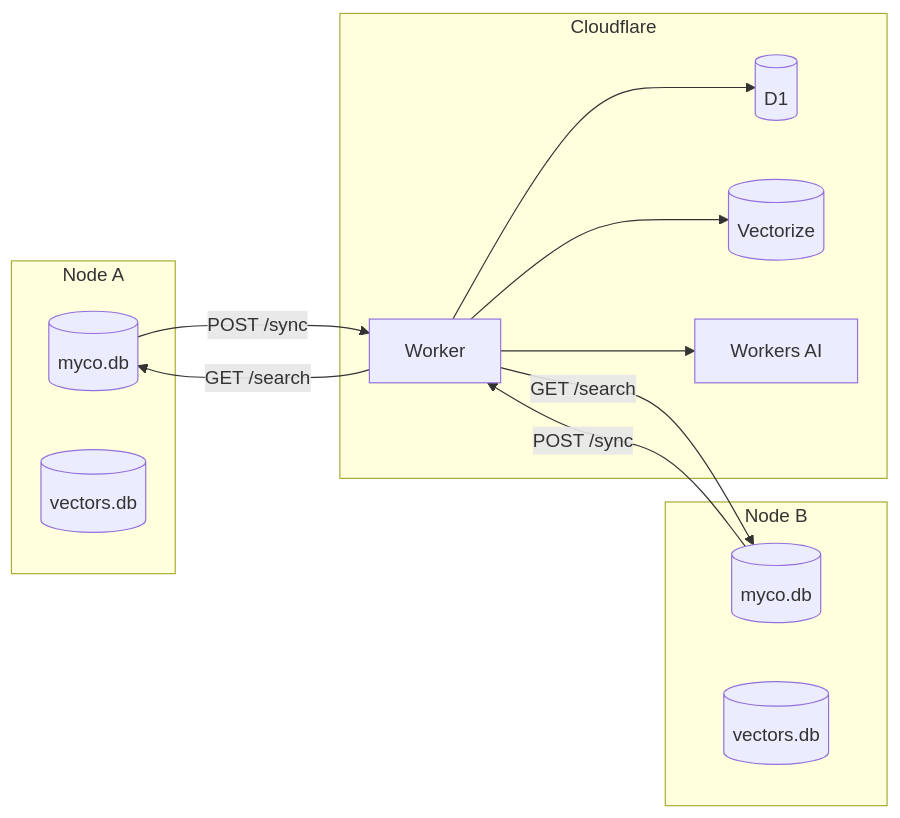
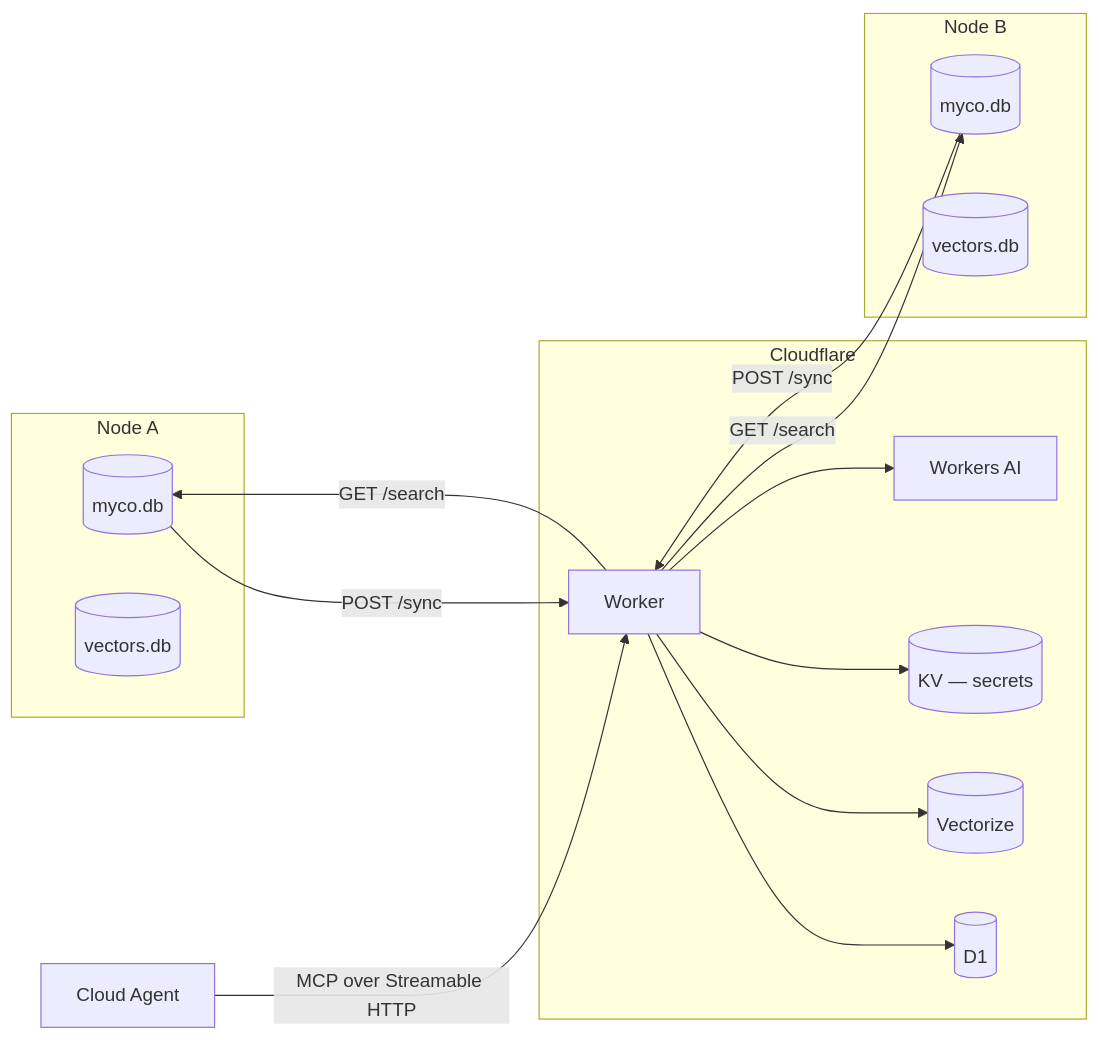
The diagram in docs/team-sync.md (goondocks-co/myco), drawn with Mermaid before and after one commit. The commit also changed other lines of this file and 2 other files, not shown here.

````diff
--- a/docs/team-sync.md
+++ b/docs/team-sync.md
@@ -11,27 +13,32 @@
 ```mermaid
 graph LR
     subgraph Node A
         A_DB[(myco.db)]
         A_Vec[(vectors.db)]
     end
 
     subgraph Cloudflare
         W[Worker]
         D1[(D1)]
         V[(Vectorize)]
+        KV[(KV — secrets)]
         AI[Workers AI]
         W --> D1
         W --> V
+        W --> KV
         W --> AI
     end
 
     subgraph Node B
         B_DB[(myco.db)]
         B_Vec[(vectors.db)]
     end
 
+    CA[Cloud Agent]
+
     A_DB -- "POST /sync" --> W
     W -- "GET /search" --> A_DB
     B_DB -- "POST /sync" --> W
     W -- "GET /search" --> B_DB
+    CA -- "MCP over Streamable HTTP" --> W
 ```
````
